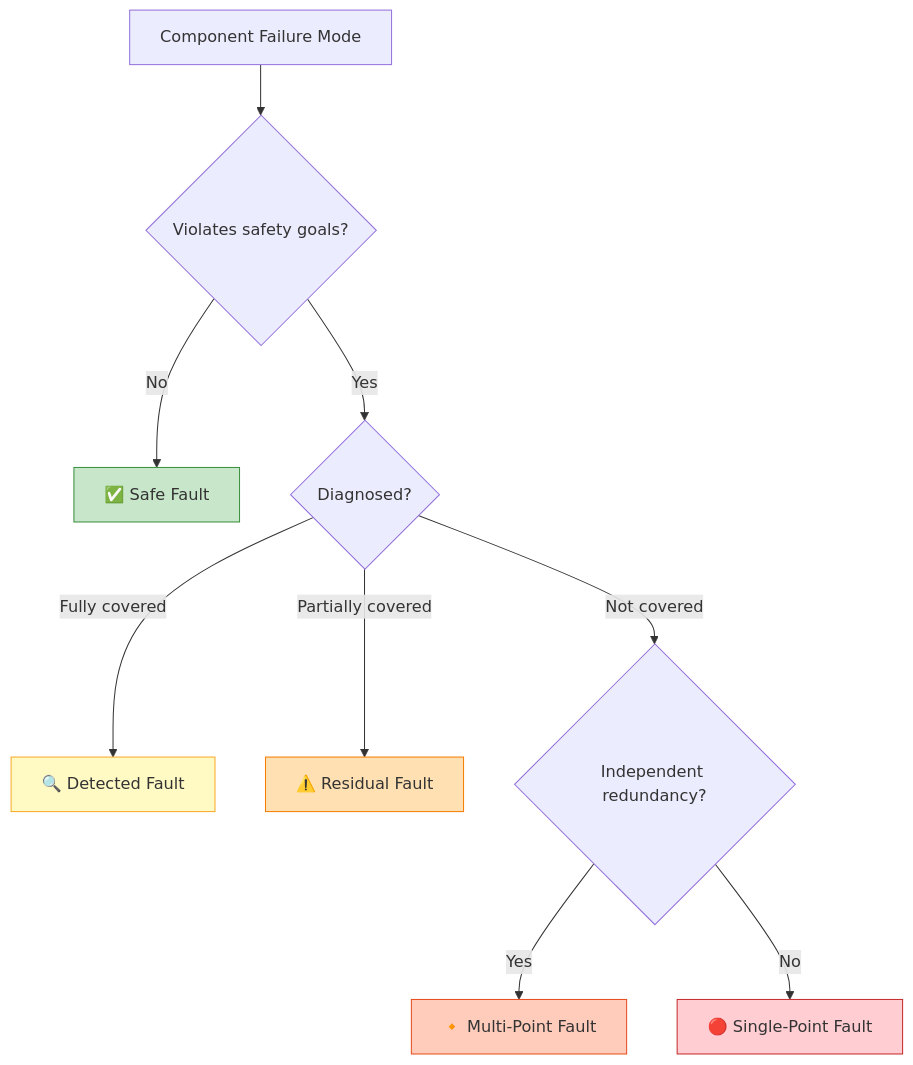
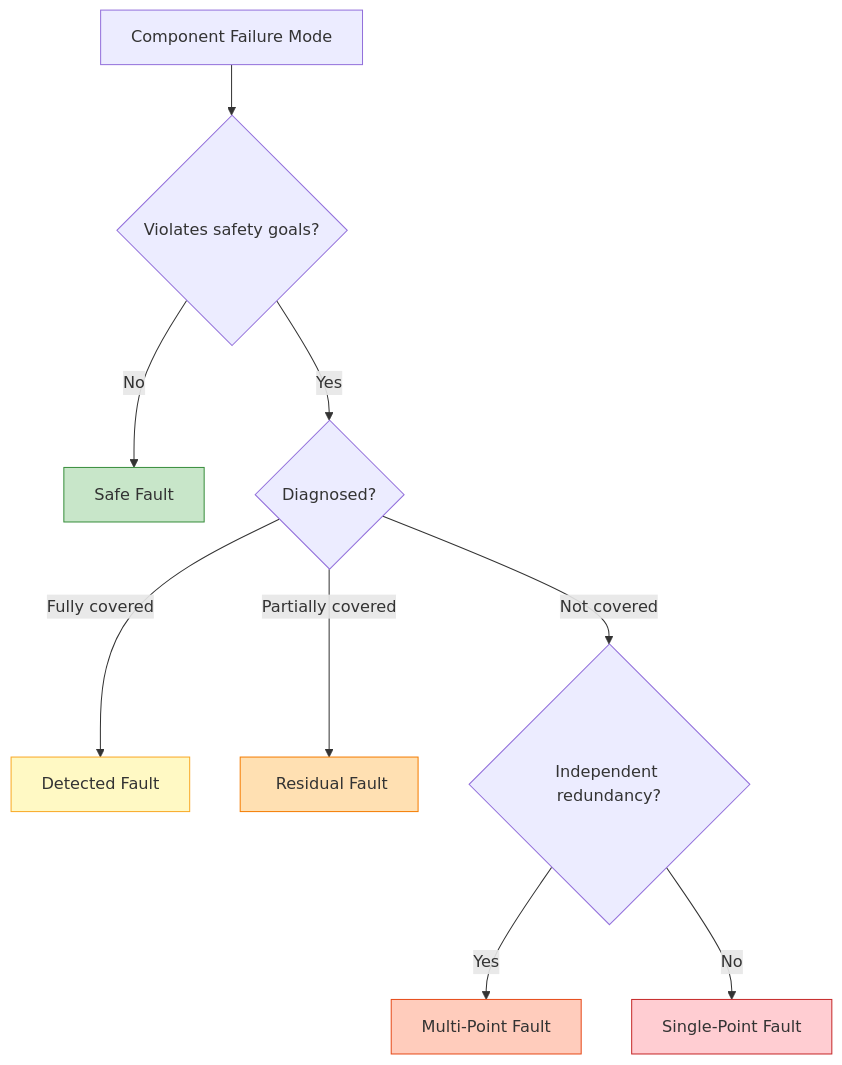
The fifth of 7 diagrams in docs/02_System_Analysis/Hardware_Reliability.en.md (michaellinhq/automotive-develop-architecture), drawn with Mermaid before and after one commit. The commit also changed other lines of this file and 7 other files, not shown here.

Commit message:
Harden Mermaid syntax in English docs

````diff
--- a/docs/02_System_Analysis/Hardware_Reliability.en.md
+++ b/docs/02_System_Analysis/Hardware_Reliability.en.md
@@ -216,26 +216,26 @@
 ```mermaid
 flowchart TD
     FM["Component Failure Mode"]
 
     FM --> Q1{Violates safety goals?}
 
-    Q1 -->|No| SAFE["✅ Safe Fault"]
+    Q1 -->|No| SAFE[" Safe Fault"]
 
     Q1 -->|Yes| Q2{Diagnosed?}
 
-    Q2 -->|Fully covered| DETECTED["🔍 Detected Fault"]
+    Q2 -->|Fully covered| DETECTED[" Detected Fault"]
 
-    Q2 -->|Partially covered| RESIDUAL["⚠️ Residual Fault"]
+    Q2 -->|Partially covered| RESIDUAL["️ Residual Fault"]
 
     Q2 -->|Not covered| Q3{Independent redundancy?}
 
-    Q3 -->|Yes| MPF["🔸 Multi-Point Fault"]
+    Q3 -->|Yes| MPF[" Multi-Point Fault"]
 
-    Q3 -->|No| SPF["🔴 Single-Point Fault"]
+    Q3 -->|No| SPF[" Single-Point Fault"]
 
     style SAFE fill:#c8e6c9,stroke:#388e3c
     style DETECTED fill:#fff9c4,stroke:#f9a825
     style RESIDUAL fill:#ffe0b2,stroke:#f57c00
     style MPF fill:#ffccbc,stroke:#e64a19
     style SPF fill:#ffcdd2,stroke:#c62828
 ```
````
